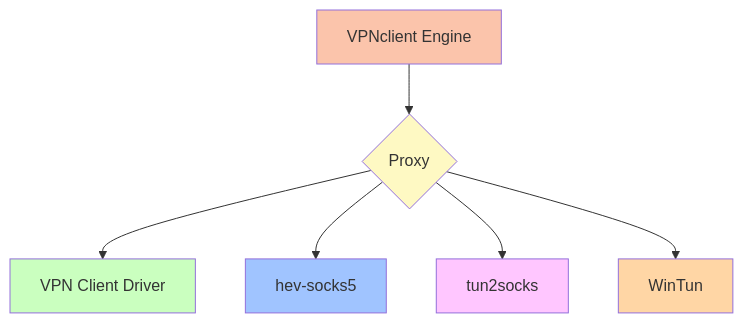
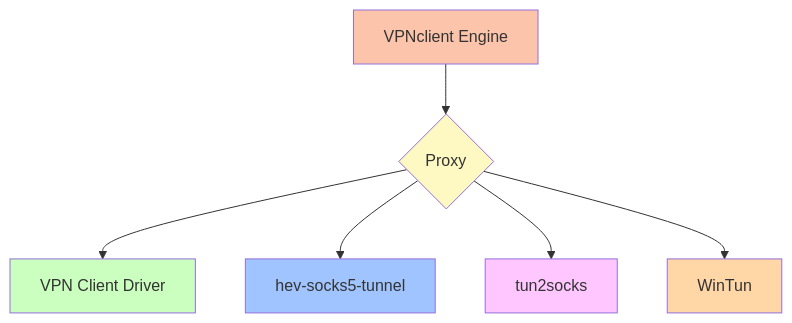
One commit to VPNclient/.github changed the third of 3 diagrams in profile/README.md. Above: the diagram before and after it, drawn with Mermaid. The commit also changed other lines of this file, not shown here.

````diff
--- a/profile/README.md
+++ b/profile/README.md
@@ -144,16 +144,16 @@
 ```mermaid
 graph TD
   style A fill:#fbc4ab
   A[VPNclient Engine] --> B{Proxy }
   style B fill:#fef9c3
 
   B --> C[VPN Client Driver]
-  B --> D[hev-socks5]
+  B --> D[hev-socks5-tunnel]
   B --> E[tun2socks]
   B --> F[WinTun]
 
   style C fill:#caffbf
   style D fill:#a0c4ff
   style E fill:#ffc6ff
   style F fill:#ffd6a5
 ```
````
